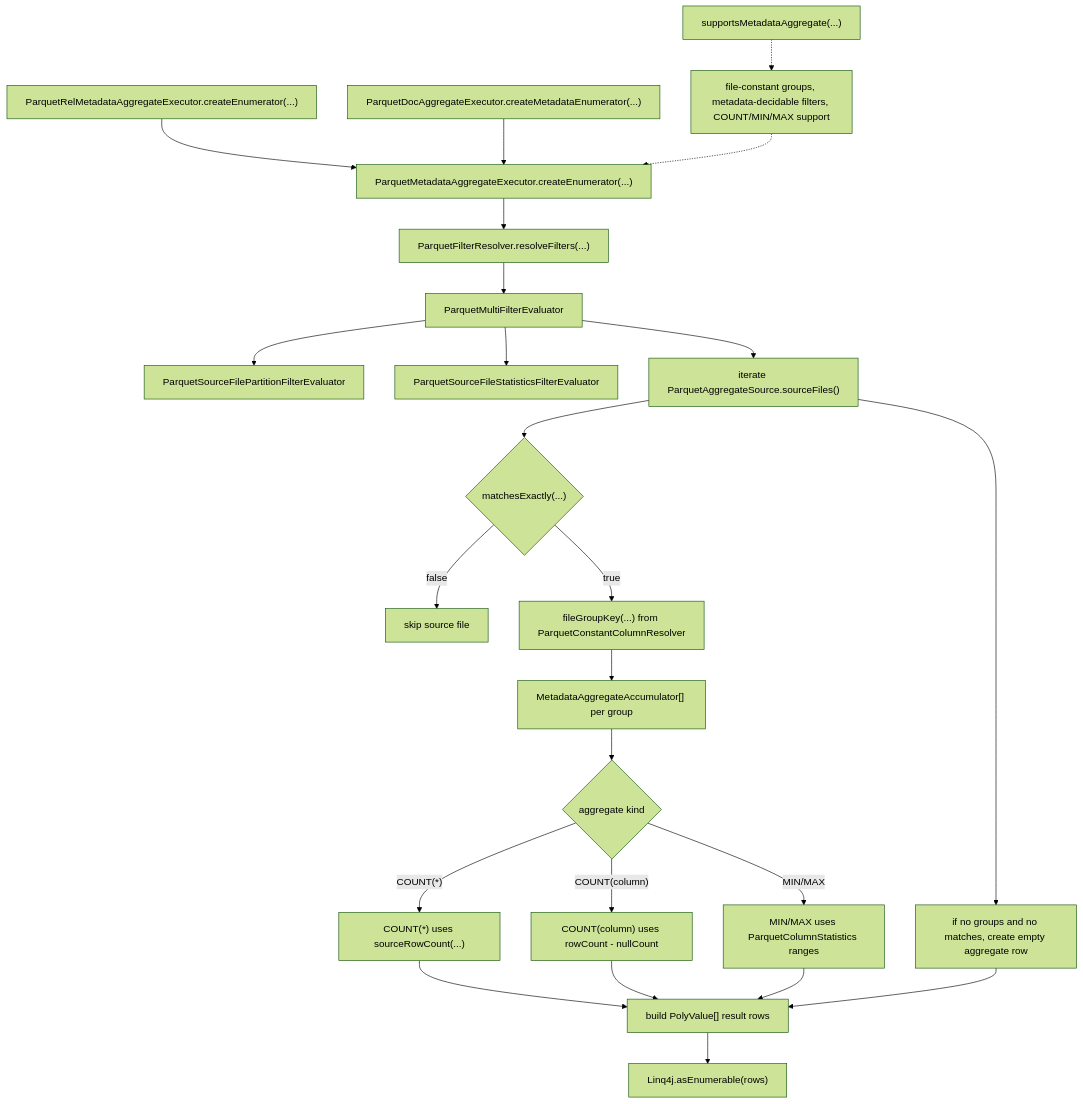
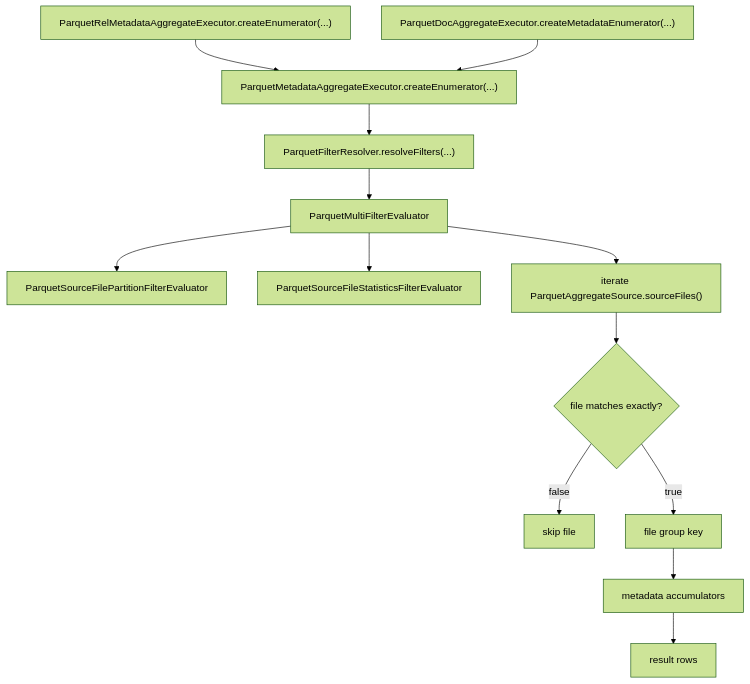
The third of 6 diagrams in plugins/parquet-adapter/docs/rel_execution_flows.md (polypheny/Polypheny-DB), drawn with Mermaid (forest theme) before and after one commit. The commit also changed other lines of this file and 18 other files, not shown here.

````diff
--- a/plugins/parquet-adapter/docs/rel_execution_flows.md
+++ b/plugins/parquet-adapter/docs/rel_execution_flows.md
@@ -102,42 +66,26 @@
 ```mermaid
 flowchart TD
     relEntry["ParquetRelMetadataAggregateExecutor.createEnumerator(...)"]
     docEntry["ParquetDocAggregateExecutor.createMetadataEnumerator(...)"]
     executor["ParquetMetadataAggregateExecutor.createEnumerator(...)"]
 
     resolveFilters["ParquetFilterResolver.resolveFilters(...)"]
     evaluator["ParquetMultiFilterEvaluator"]
     partitionEval["ParquetSourceFilePartitionFilterEvaluator"]
     statsEval["ParquetSourceFileStatisticsFilterEvaluator"]
-
     loop["iterate ParquetAggregateSource.sourceFiles()"]
-    matches{"matchesExactly(...)"}
-    skip["skip source file"]
-    groupKey["fileGroupKey(...) from ParquetConstantColumnResolver"]
-    accumulator["MetadataAggregateAccumulator[] per group"]
-    aggregateKind{"aggregate kind"}
-    countStar["COUNT(*) uses sourceRowCount(...)"]
-    countColumn["COUNT(column) uses rowCount - nullCount"]
-    minMax["MIN/MAX uses ParquetColumnStatistics ranges"]
-    emptyGroup["if no groups and no matches, create empty aggregate row"]
-    rows["build PolyValue[] result rows"]
-    enumerable["Linq4j.asEnumerable(rows)"]
-
-    supportGate["supportsMetadataAggregate(...)"]
-    supportChecks["file-constant groups, metadata-decidable filters, COUNT/MIN/MAX support"]
+    match{"file matches exactly?"}
+    skip["skip file"]
+    groupKey["file group key"]
+    accumulate["metadata accumulators"]
+    rows["result rows"]
 
     relEntry --> executor
     docEntry --> executor
     executor --> resolveFilters --> evaluator
     evaluator --> partitionEval
     evaluator --> statsEval
-    evaluator --> loop --> matches
-    matches -->|"false"| skip
-    matches -->|"true"| groupKey --> accumulator --> aggregateKind
-    aggregateKind -->|"COUNT(*)"| countStar --> rows
-    aggregateKind -->|"COUNT(column)"| countColumn --> rows
-    aggregateKind -->|"MIN/MAX"| minMax --> rows
-    loop --> emptyGroup --> rows --> enumerable
-
-    supportGate -.-> supportChecks -.-> executor
+    evaluator --> loop --> match
+    match -->|"false"| skip
+    match -->|"true"| groupKey --> accumulate --> rows
 ```
````
